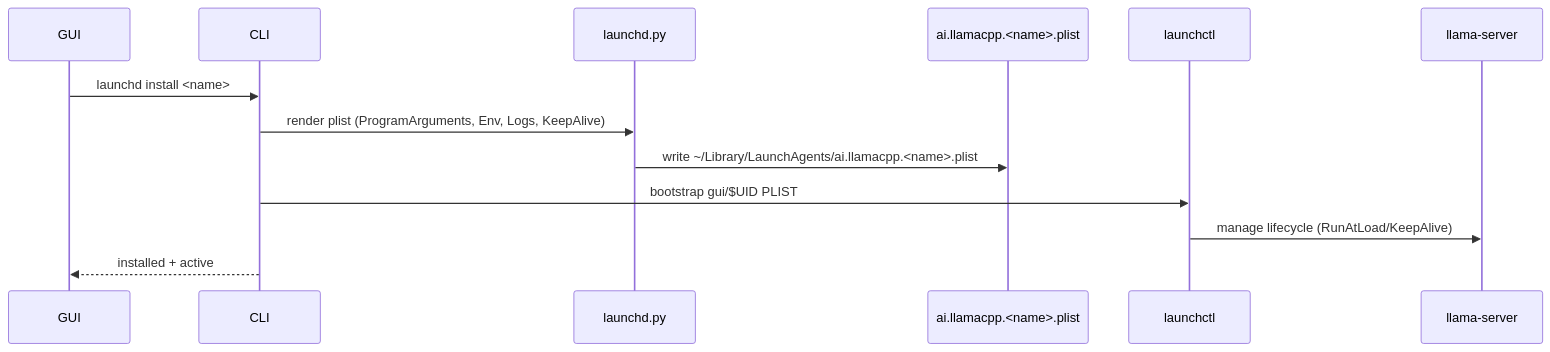
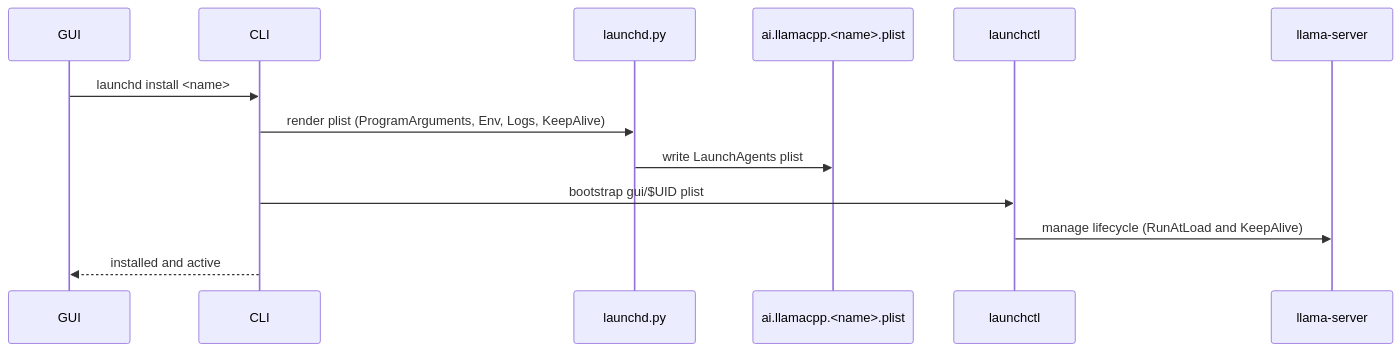
The third of 4 diagrams in docs/design.md (arionrepo/llamaCPPManager), drawn with Mermaid before and after one commit. The commit also changed other lines of this file, not shown here.

Commit message:
docs: fix Mermaid syntax for GitHub renderer (remove parentheses in labels, adjust messages)

````diff
--- a/docs/design.md
+++ b/docs/design.md
@@ -72,16 +72,16 @@
 ```mermaid
 sequenceDiagram
   participant GUI as GUI
   participant CLI as CLI
   participant LD as launchd.py
   participant PLIST as ai.llamacpp.<name>.plist
   participant LCTL as launchctl
   participant S as llama-server
 
   GUI->>CLI: launchd install <name>
   CLI->>LD: render plist (ProgramArguments, Env, Logs, KeepAlive)
-  LD->>PLIST: write ~/Library/LaunchAgents/ai.llamacpp.<name>.plist
-  CLI->>LCTL: bootstrap gui/$UID PLIST
-  LCTL->>S: manage lifecycle (RunAtLoad/KeepAlive)
-  CLI-->>GUI: installed + active
+  LD->>PLIST: write LaunchAgents plist
+  CLI->>LCTL: bootstrap gui/$UID plist
+  LCTL->>S: manage lifecycle (RunAtLoad and KeepAlive)
+  CLI-->>GUI: installed and active
 ```
````
